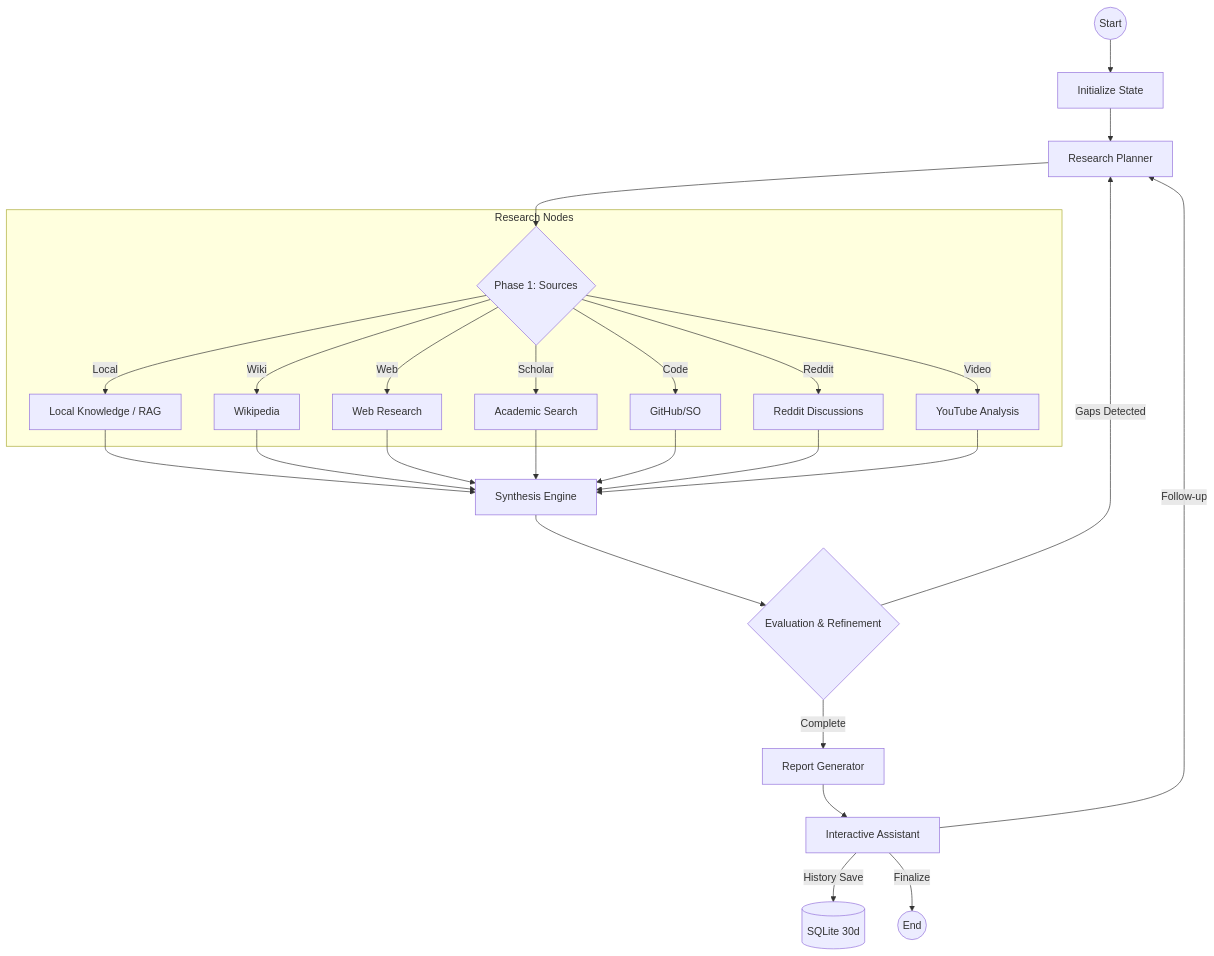
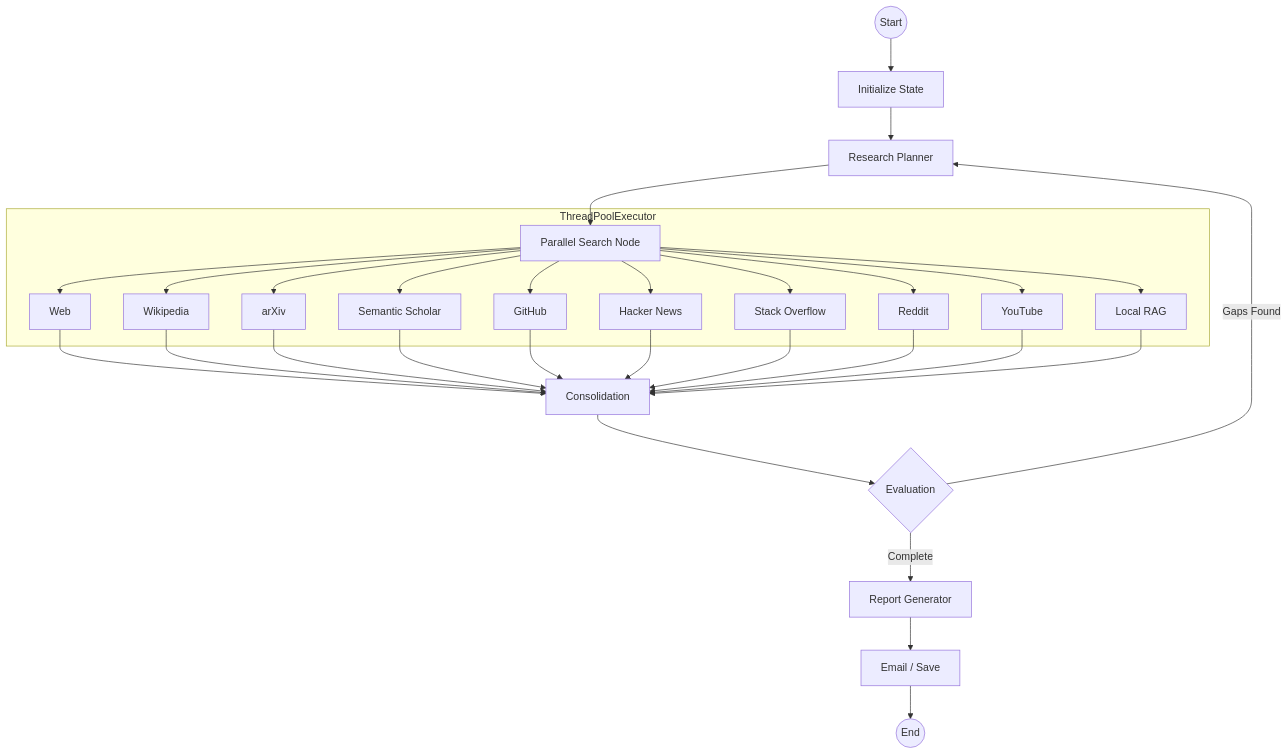
The diagram in README.md (RobertoDeLaCamara/Research-Agent), drawn with Mermaid before and after one commit. The commit also changed other lines of this file, not shown here.

````diff
--- a/README.md
+++ b/README.md
@@ -60,27 +17,27 @@
 ```mermaid
 graph TD
     Start((Start)) --> Init[Initialize State]
     Init --> Plan[Research Planner]
-    Plan --> Router{Phase 1: Sources}
-    
-    subgraph Research Nodes
-        Router -->|Local| RAG[Local Knowledge / RAG]
-        Router -->|Wiki| Wiki[Wikipedia]
-        Router -->|Web| Web[Web Research]
-        Router -->|Scholar| Scholar[Academic Search]
-        Router -->|Code| Code[GitHub/SO]
-        Router -->|Reddit| Reddit[Reddit Discussions]
-        Router -->|Video| Video[YouTube Analysis]
+    Plan --> Parallel[Parallel Search Node]
+
+    subgraph ThreadPoolExecutor
+        Parallel --> Web[Web]
+        Parallel --> Wiki[Wikipedia]
+        Parallel --> Arxiv[arXiv]
+        Parallel --> Scholar[Semantic Scholar]
+        Parallel --> GH[GitHub]
+        Parallel --> HN[Hacker News]
+        Parallel --> SO[Stack Overflow]
+        Parallel --> Reddit[Reddit]
+        Parallel --> YT[YouTube]
+        Parallel --> RAG[Local RAG]
     end
-    
-    RAG & Wiki & Web & Scholar & Code & Reddit & Video --> Sync[Synthesis Engine]
-    Sync --> Eval{Evaluation & Refinement}
-    
-    Eval -->|Gaps Detected| Plan
+
+    Web & Wiki & Arxiv & Scholar & GH & HN & SO & Reddit & YT & RAG --> Synth[Consolidation]
+    Synth --> Eval{Evaluation}
+
+    Eval -->|Gaps Found| Plan
     Eval -->|Complete| Report[Report Generator]
-    
-    Report --> Chat[Interactive Assistant]
-    Chat -->|Follow-up| Plan
-    Chat -->|History Save| DB[(SQLite 30d)]
-    Chat -->|Finalize| End((End))
+    Report --> Email[Email / Save]
+    Email --> End((End))
 ```
````
